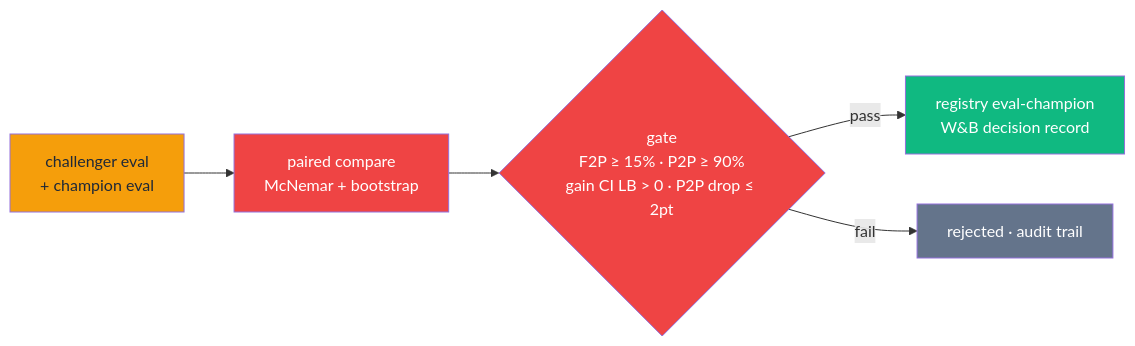
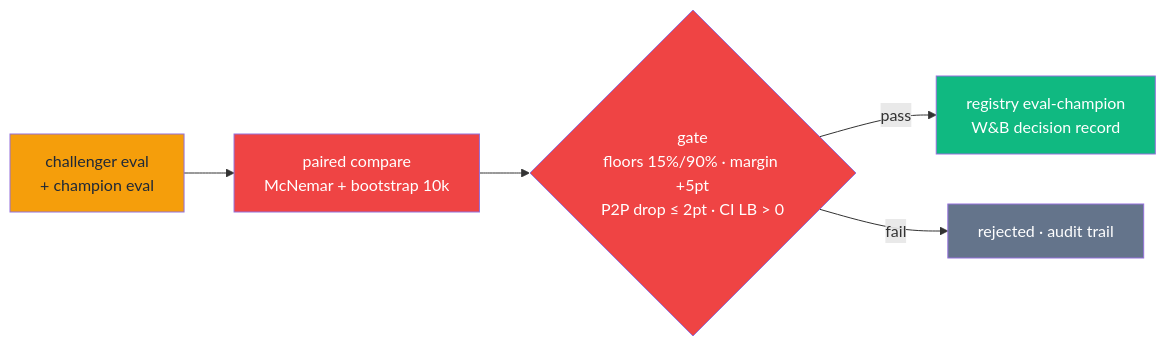
One commit to AhmedIkram05/SWE-Qwen changed the fourth of 4 diagrams in docs/deep-dives.md. Above: the diagram before and after it, drawn with Mermaid. The commit also changed other lines of this file, not shown here.

````diff
--- a/docs/deep-dives.md
+++ b/docs/deep-dives.md
@@ -187,12 +246,12 @@
 ```mermaid
 flowchart LR
-    A["challenger eval<br/>+ champion eval"] --> B["paired compare<br/>McNemar + bootstrap"]
-    B --> C{"gate<br/>F2P ≥ 15% · P2P ≥ 90%<br/>gain CI LB > 0 · P2P drop ≤ 2pt"}
+    A["challenger eval<br/>+ champion eval"] --> B["paired compare<br/>McNemar + bootstrap 10k"]
+    B --> C{"gate<br/>floors 15%/90% · margin +5pt<br/>P2P drop ≤ 2pt · CI LB > 0"}
     C -- pass --> D["registry eval-champion<br/>W&B decision record"]
     C -- fail --> E["rejected · audit trail"]
     style A fill:#f59e0b,color:#1f2937
     style B fill:#ef4444,color:#fff
     style C fill:#ef4444,color:#fff
     style D fill:#10b981,color:#fff
     style E fill:#64748b,color:#fff
 ```
````
